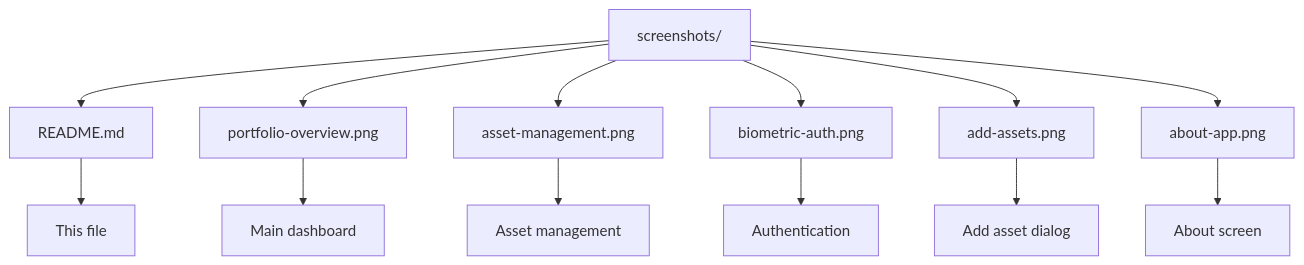
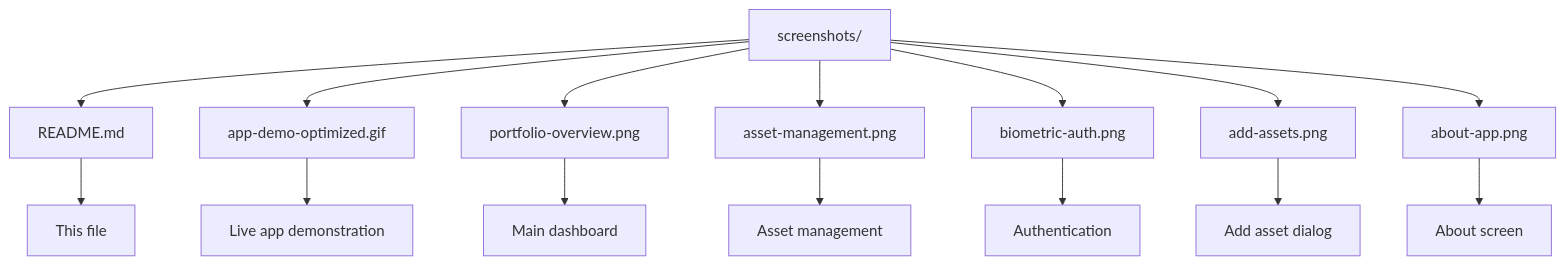
One commit to kuoyaoming/Wealth-Manager changed the diagram in docs/assets/screenshots/README.md. Above: the diagram before and after it, drawn with Mermaid. The commit also changed 2 other files, not shown here.

Commit message:
docs: update README.md and screenshots README.md for improved clarity and feature showcase
- Renamed sections in README.md for better organization, including changing "Screenshots" to "App Demo" and "Biometric Authentication & Add Assets" to "Security & Privacy".
- Added a live app demonstration GIF to highlight the complete app workflow.
- Updated the screenshots README.md to reflect the new app demo and improved visual references for better understanding of features.

````diff
--- a/docs/assets/screenshots/README.md
+++ b/docs/assets/screenshots/README.md
@@ -70,16 +70,18 @@
 ```mermaid
 graph TD
     A[screenshots/] --> B[README.md]
-    A --> C[portfolio-overview.png]
-    A --> D[asset-management.png]
-    A --> E[biometric-auth.png]
-    A --> F[add-assets.png]
-    A --> G[about-app.png]
+    A --> C[app-demo-optimized.gif]
+    A --> D[portfolio-overview.png]
+    A --> E[asset-management.png]
+    A --> F[biometric-auth.png]
+    A --> G[add-assets.png]
+    A --> H[about-app.png]
     
     B --> B1[This file]
-    C --> C1[Main dashboard]
-    D --> D1[Asset management]
-    E --> E1[Authentication]
-    F --> F1[Add asset dialog]
-    G --> G1[About screen]
+    C --> C1[Live app demonstration]
+    D --> D1[Main dashboard]
+    E --> E1[Asset management]
+    F --> F1[Authentication]
+    G --> G1[Add asset dialog]
+    H --> H1[About screen]
 ```
````
